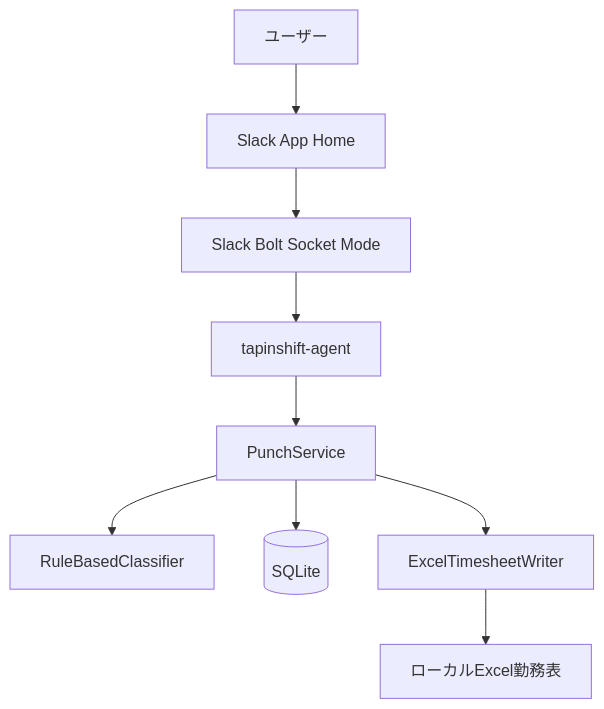
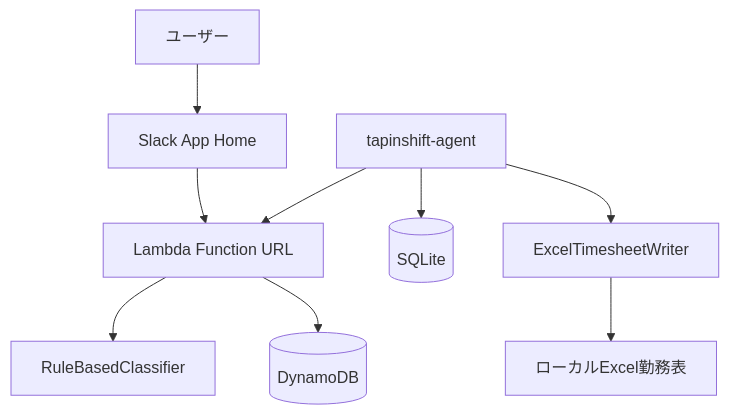
One commit to Shintaro-Abe/TapInShift changed the first of 6 diagrams in docs/functional-design.md. Above: the diagram before and after it, drawn with Mermaid. The commit also changed other lines of this file and 39 other files, not shown here.

````diff
--- a/docs/functional-design.md
+++ b/docs/functional-design.md
@@ -11,11 +11,11 @@
 ```mermaid
 graph TD
     U[ユーザー] --> S[Slack App Home]
-    S --> B[Slack Bolt Socket Mode]
-    B --> A[tapinshift-agent]
-    A --> C[PunchService]
-    C --> CL[RuleBasedClassifier]
-    C --> DB[(SQLite)]
-    C --> XW[ExcelTimesheetWriter]
+    S --> L[Lambda Function URL]
+    L --> CL[RuleBasedClassifier]
+    L --> DDB[(DynamoDB)]
+    A[tapinshift-agent] --> L
+    A --> DB[(SQLite)]
+    A --> XW[ExcelTimesheetWriter]
     XW --> XL[ローカルExcel勤務表]
 ```
````
